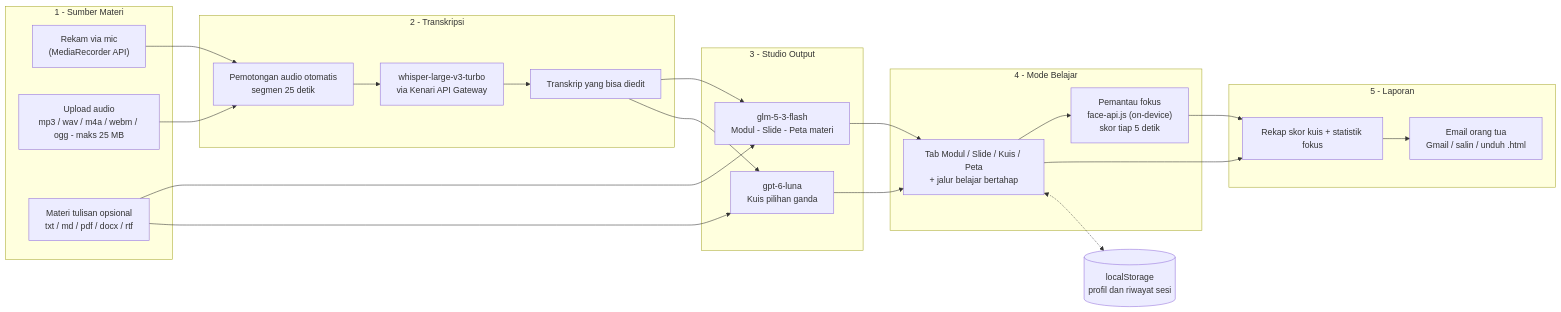
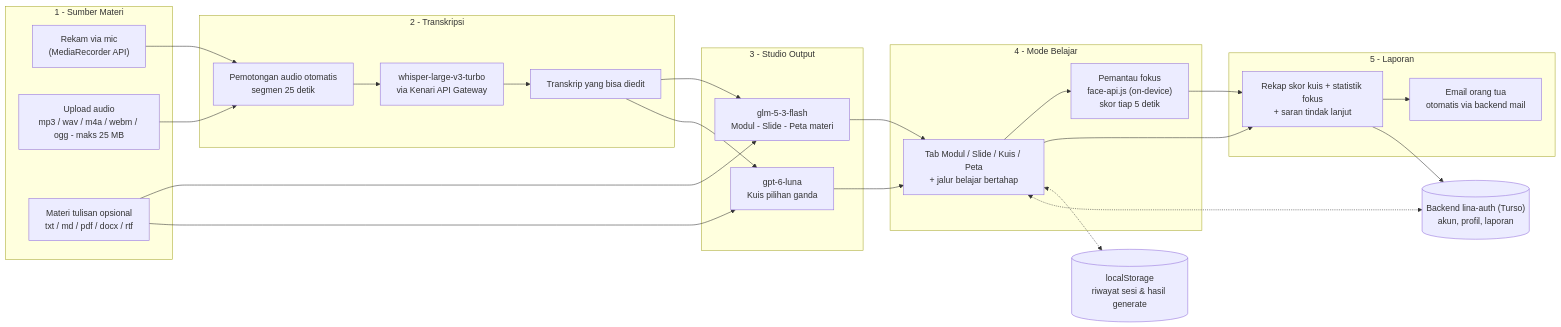
Before and after one commit to AdamRizky1/LINA.LEARNING: the diagram in README.md, drawn with Mermaid. The commit also changed other lines of this file, not shown here.

````diff
--- a/README.md
+++ b/README.md
@@ -184,46 +186,49 @@
 ```mermaid
 flowchart LR
     subgraph SUMBER["1 - Sumber Materi"]
         REC["Rekam via mic<br>(MediaRecorder API)"]
         UP["Upload audio<br>mp3 / wav / m4a / webm / ogg - maks 25 MB"]
         DOC["Materi tulisan opsional<br>txt / md / pdf / docx / rtf"]
     end
 
     subgraph ASR["2 - Transkripsi"]
         CH["Pemotongan audio otomatis<br>segmen 25 detik"]
         WH["whisper-large-v3-turbo<br>via Kenari API Gateway"]
         TR["Transkrip yang bisa diedit"]
     end
 
     subgraph STUDIO["3 - Studio Output"]
         LLM["glm-5-3-flash<br>Modul - Slide - Peta materi"]
         QLM["gpt-6-luna<br>Kuis pilihan ganda"]
     end
 
     subgraph MODE["4 - Mode Belajar"]
         TAB["Tab Modul / Slide / Kuis / Peta<br>+ jalur belajar bertahap"]
         FOC["Pemantau fokus<br>face-api.js (on-device)<br>skor tiap 5 detik"]
     end
 
     subgraph REPORT["5 - Laporan"]
-        REP["Rekap skor kuis + statistik fokus"]
-        MAIL["Email orang tua<br>Gmail / salin / unduh .html"]
+        REP["Rekap skor kuis + statistik fokus<br>+ saran tindak lanjut"]
+        MAIL["Email orang tua<br>otomatis via backend mail"]
     end
 
-    LS[("localStorage<br>profil dan riwayat sesi")]
+    LS[("localStorage<br>riwayat sesi & hasil generate")]
+    AUTH[("Backend lina-auth (Turso)<br>akun, profil, laporan")]
 
     REC --> CH
     UP --> CH
     CH --> WH --> TR
     DOC --> LLM
     DOC --> QLM
     TR --> LLM
     TR --> QLM
     LLM --> TAB
     QLM --> TAB
     TAB --> FOC
     TAB --> REP
     FOC --> REP
     REP --> MAIL
+    REP --> AUTH
     TAB <-.-> LS
+    TAB <-.-> AUTH
 ```
````
